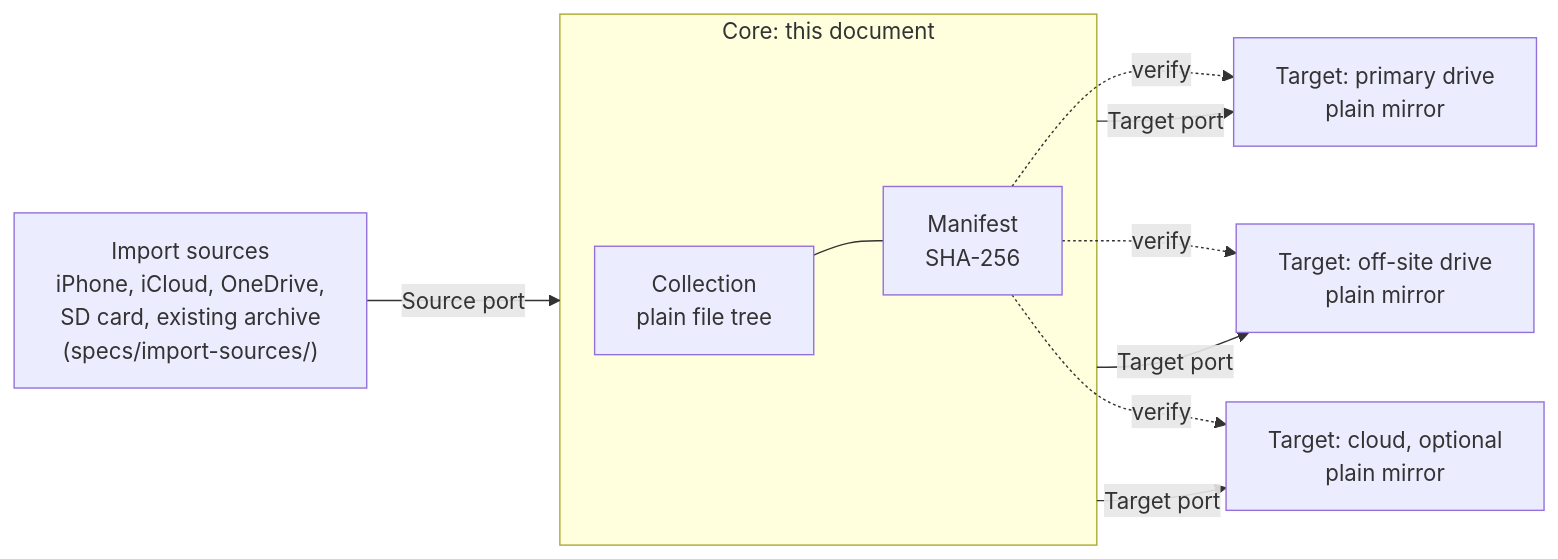
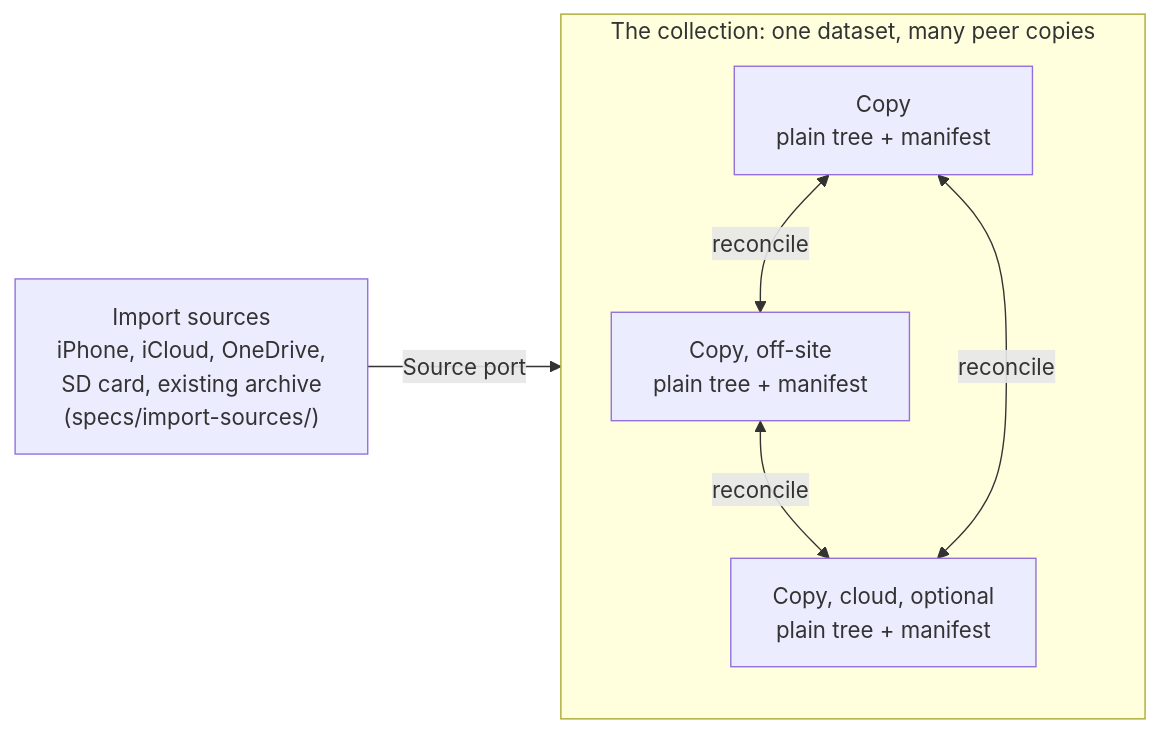
Before and after one commit to NikoAri/turbo-collection: the diagram in specs/turbo-collection-spec.md, drawn with Mermaid. The commit also changed other lines of this file and 3 other files, not shown here.

````diff
--- a/specs/turbo-collection-spec.md
+++ b/specs/turbo-collection-spec.md
@@ -64,23 +65,15 @@
 ```mermaid
 flowchart LR
     IN["Import sources<br/>iPhone, iCloud, OneDrive,<br/>SD card, existing archive<br/>(specs/import-sources/)"]
 
-    subgraph CORE["Core: this document"]
-        COL["Collection<br/>plain file tree"]
-        MAN["Manifest<br/>SHA-256"]
-        COL --- MAN
+    subgraph COLL["The collection: one dataset, many peer copies"]
+        C1["Copy<br/>plain tree + manifest"]
+        C2["Copy, off-site<br/>plain tree + manifest"]
+        C3["Copy, cloud, optional<br/>plain tree + manifest"]
+        C1 <-->|reconcile| C2
+        C2 <-->|reconcile| C3
+        C1 <-->|reconcile| C3
     end
 
-    T1["Target: primary drive<br/>plain mirror"]
-    T2["Target: off-site drive<br/>plain mirror"]
-    T3["Target: cloud, optional<br/>plain mirror"]
-
-    IN -->|Source port| CORE
-    CORE -->|Target port| T1
-    CORE -->|Target port| T2
-    CORE -->|Target port| T3
-
-    MAN -.->|verify| T1
-    MAN -.->|verify| T2
-    MAN -.->|verify| T3
+    IN -->|Source port| COLL
 ```
````
